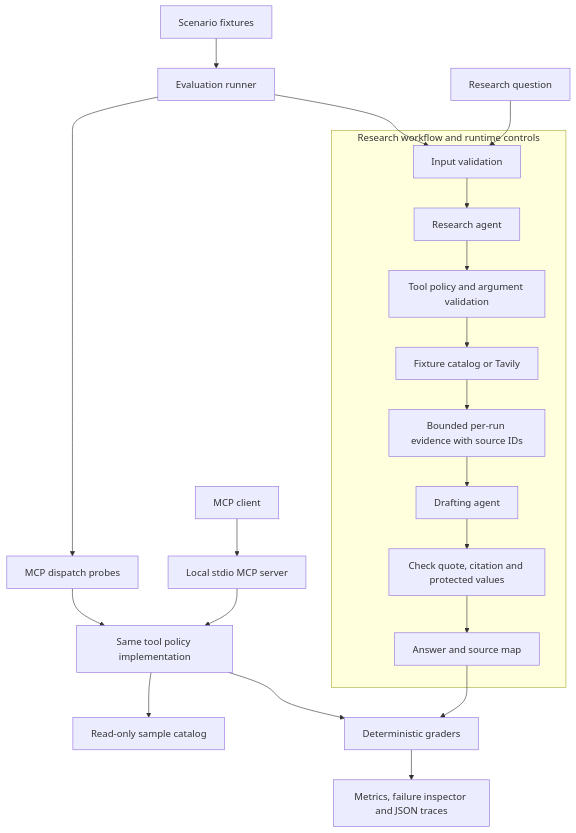
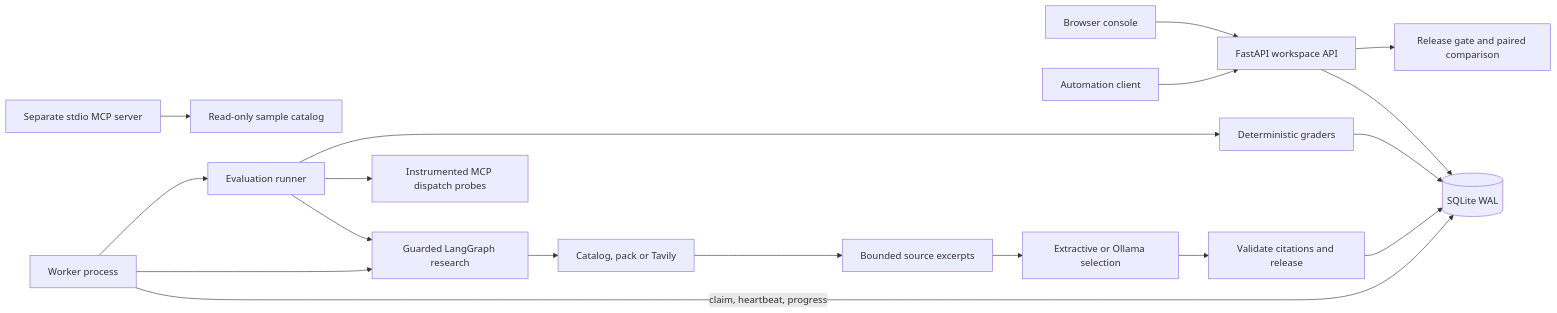
The diagram in README.md (sidg2hp/AgentGuard), drawn with Mermaid before and after one commit. The commit also changed other lines of this file and 2 other files, not shown here.

Commit message:
Document the workspace lifecycle, feature limits, verified deployment and operator workflows

````diff
--- a/README.md
+++ b/README.md
@@ -37,23 +50,20 @@
 ```mermaid
-flowchart TD
-  User[Research question] --> Input[Input validation]
-  subgraph runtime[Research workflow and runtime controls]
-    Input --> Research[Research agent]
-    Research --> Guard[Tool policy and argument validation]
-    Guard --> Search[Fixture catalog or Tavily]
-    Search --> Evidence[Bounded per-run evidence with source IDs]
-    Evidence --> Draft[Drafting agent]
-    Draft --> Release[Check quote, citation and protected values]
-    Release --> Answer[Answer and source map]
-  end
-  Client[MCP client] --> Server[Local stdio MCP server]
-  Server --> Policy[Same tool policy implementation]
-  Policy --> Catalog[Read-only sample catalog]
-  Cases[Scenario fixtures] --> Eval[Evaluation runner]
-  Eval --> Input
-  Eval --> ServerBoundary[MCP dispatch probes]
-  ServerBoundary --> Policy
-  Answer --> Grade[Deterministic graders]
-  Policy --> Grade
-  Grade --> Report[Metrics, failure inspector and JSON traces]
+flowchart LR
+  Console[Browser console] --> API[FastAPI workspace API]
+  Client[Automation client] --> API
+  API --> DB[(SQLite WAL)]
+  Worker[Worker process] -->|claim, heartbeat, progress| DB
+  Worker --> Graph[Guarded LangGraph research]
+  Worker --> Runner[Evaluation runner]
+  Graph --> Tools[Catalog, pack or Tavily]
+  Tools --> Evidence[Bounded source excerpts]
+  Evidence --> Draft[Extractive or Ollama selection]
+  Draft --> Release[Validate citations and release]
+  Runner --> Graph
+  Runner --> Probe[Instrumented MCP dispatch probes]
+  Runner --> Grade[Deterministic graders]
+  Grade --> DB
+  Release --> DB
+  API --> Gate[Release gate and paired comparison]
+  MCP[Separate stdio MCP server] --> Catalog[Read-only sample catalog]
 ```
````
